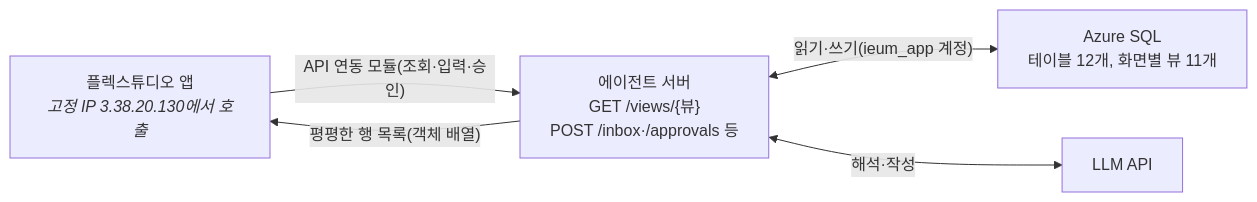
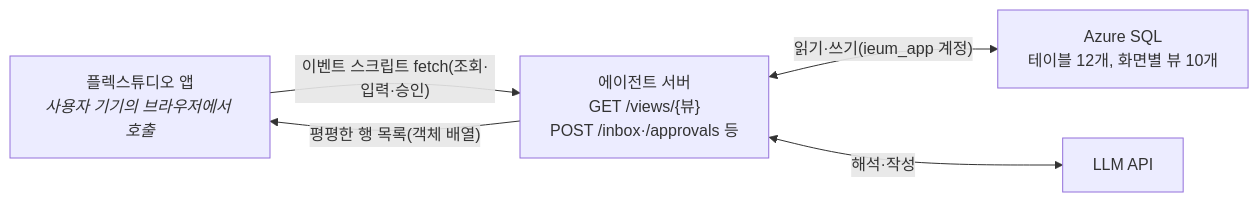
The diagram in 이음-연동-계획.md (NiceTry3675/Individual-Resource-Planning-for-Kids), drawn with Mermaid before and after one commit. The commit also changed other lines of this file and 1 other file, not shown here.

First line of the commit message:
docs: 화면 연동을 스크립트 fetch 기준으로 바꾸고 CORS·보안 정리

````diff
--- a/이음-연동-계획.md
+++ b/이음-연동-계획.md
@@ -11,11 +11,11 @@
 ```mermaid
 flowchart LR
-    APP["플렉스튜디오 앱<br/><i>고정 IP 3.38.20.130에서 호출</i>"]
+    APP["플렉스튜디오 앱<br/><i>사용자 기기의 브라우저에서 호출</i>"]
     API["에이전트 서버<br/>GET /views/{뷰}<br/>POST /inbox·/approvals 등"]
-    DB["Azure SQL<br/>테이블 12개, 화면별 뷰 11개"]
+    DB["Azure SQL<br/>테이블 12개, 화면별 뷰 10개"]
     LLM["LLM API"]
-    APP -- "API 연동 모듈(조회·입력·승인)" --> API
+    APP -- "이벤트 스크립트 fetch(조회·입력·승인)" --> API
     API -- "평평한 행 목록(객체 배열)" --> APP
     API <-- "읽기·쓰기(ieum_app 계정)" --> DB
     API <-- "해석·작성" --> LLM
 ```
````
